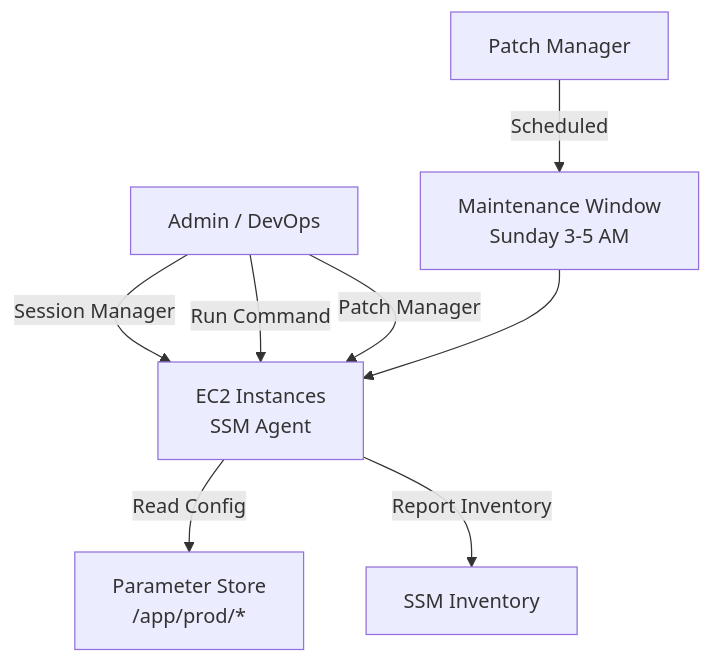
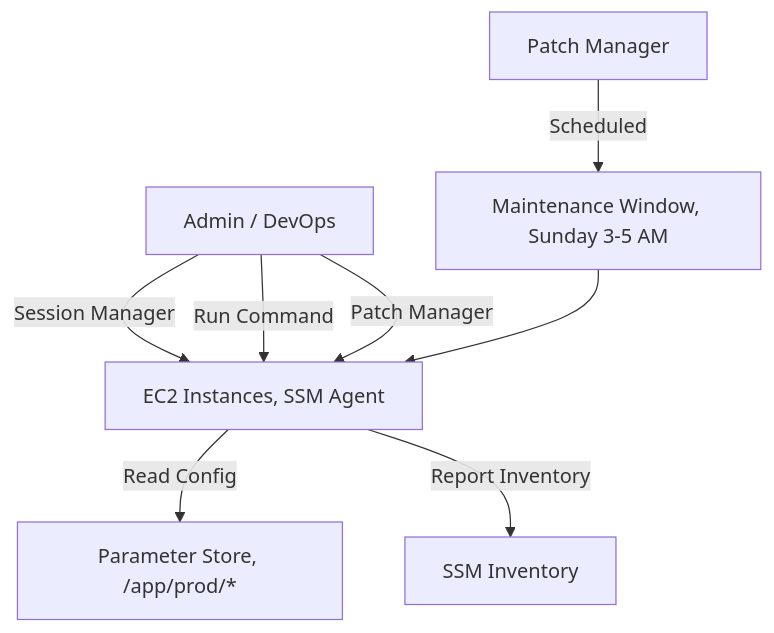
Before and after one commit to DeeptiShuklaProject/Uday_AWS: the diagram in Chapter_25_AWS_Systems_Manager.md, drawn with Mermaid. The commit also changed 34 other files, not shown here.

Commit message:
Fix mermaid diagrams syntax across all chapters (quote labels and remove HTML)

````diff
--- a/Chapter_25_AWS_Systems_Manager.md
+++ b/Chapter_25_AWS_Systems_Manager.md
@@ -260,12 +260,12 @@
 ```mermaid
 flowchart TD
-    Admin[Admin / DevOps] -->|Session Manager| EC2[EC2 Instances<br>SSM Agent]
+    Admin[Admin / DevOps] -->|Session Manager| EC2["EC2 Instances, SSM Agent"]
     Admin -->|Run Command| EC2
     Admin -->|Patch Manager| EC2
     
-    EC2 -->|Read Config| PS[Parameter Store<br>/app/prod/*]
+    EC2 -->|Read Config| PS["Parameter Store, /app/prod/*"]
     EC2 -->|Report Inventory| Inventory[SSM Inventory]
     
-    PM[Patch Manager] -->|Scheduled| MW[Maintenance Window<br>Sunday 3-5 AM]
+    PM[Patch Manager] -->|Scheduled| MW["Maintenance Window, Sunday 3-5 AM"]
     MW --> EC2
 ```
````
